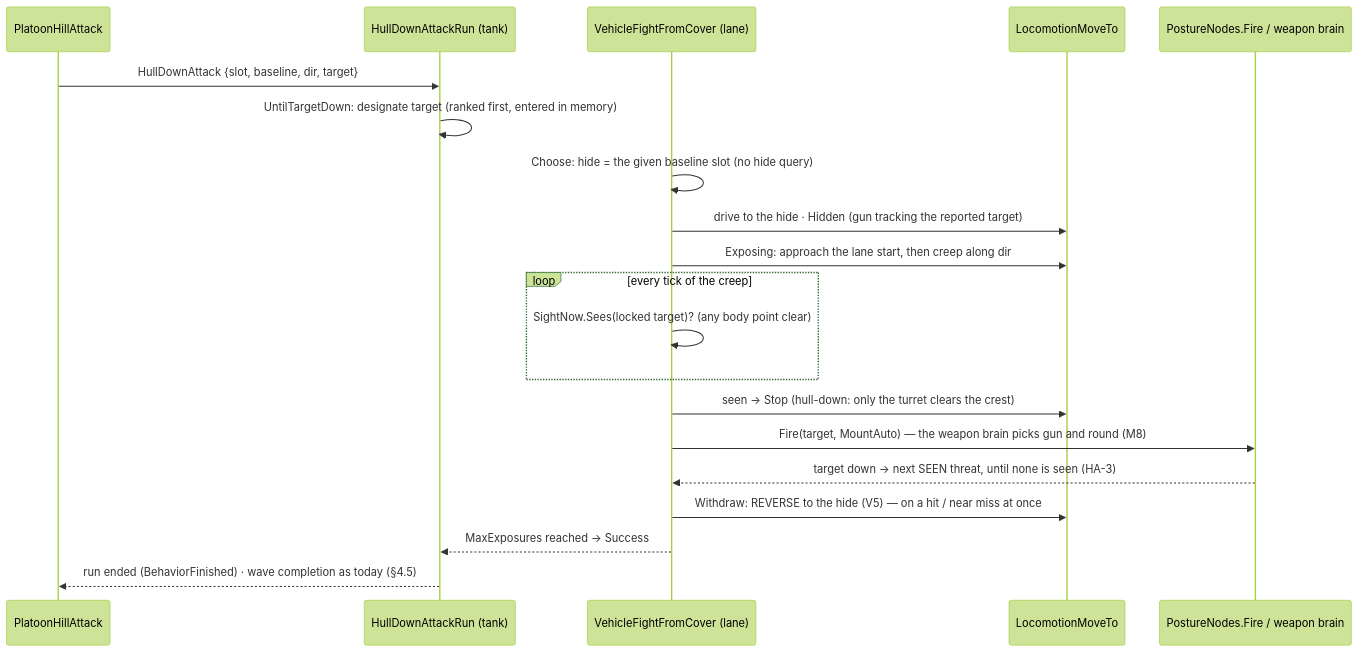
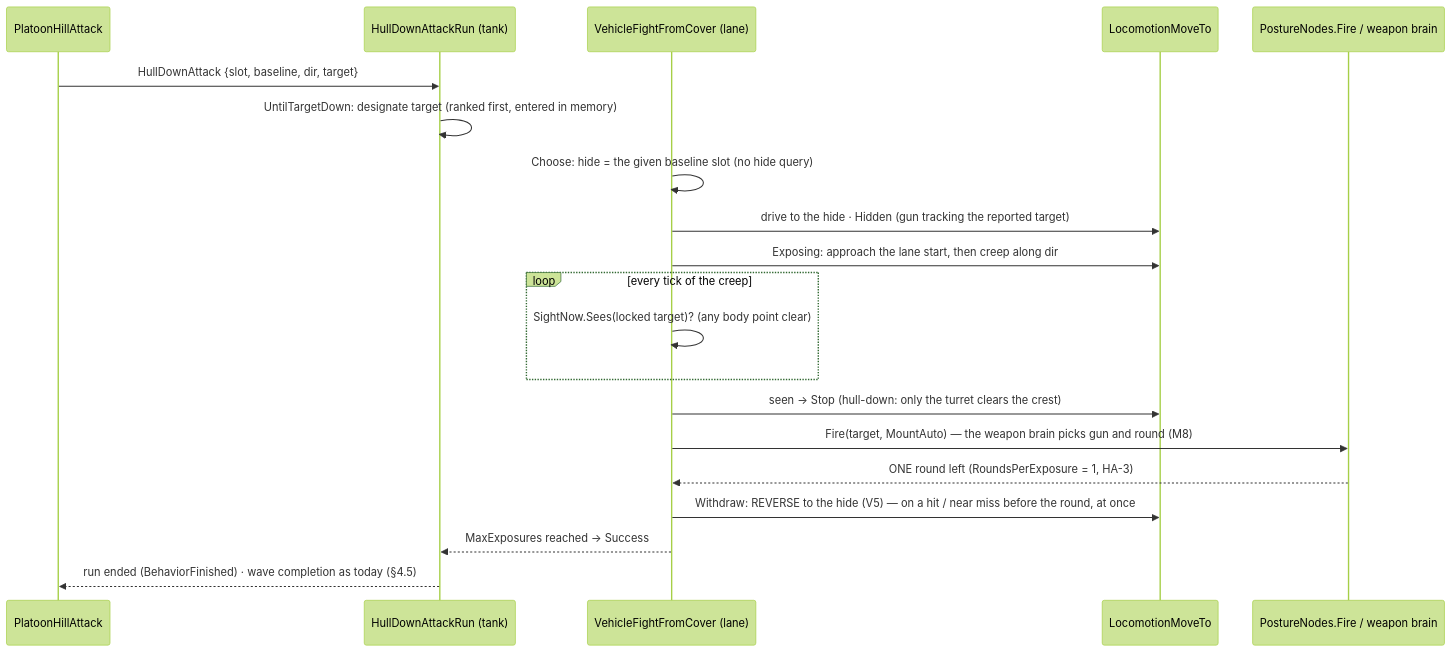
The second of 3 diagrams in docs/designs/hill-attack/DESIGN.md (pjanec/HROT), drawn with Mermaid (forest theme) before and after one commit. The commit also changed other lines of this file and 1 other file, not shown here.

First line of the commit message:
CE-2230 HA-3 ruled by the user (R-2022): one round, then back into cover; pairs alternate until every target is dead

````diff
--- a/docs/designs/hill-attack/DESIGN.md
+++ b/docs/designs/hill-attack/DESIGN.md
@@ -96,22 +96,22 @@
 ```mermaid
 sequenceDiagram
   participant C as PlatoonHillAttack
   participant T as HullDownAttackRun (tank)
   participant N as VehicleFightFromCover (lane)
   participant L as LocomotionMoveTo
   participant F as PostureNodes.Fire / weapon brain
   C->>T: HullDownAttack {slot, baseline, dir, target}
   T->>T: UntilTargetDown: designate target (ranked first, entered in memory)
   N->>N: Choose: hide = the given baseline slot (no hide query)
   N->>L: drive to the hide · Hidden (gun tracking the reported target)
   N->>L: Exposing: approach the lane start, then creep along dir
   loop every tick of the creep
     N->>N: SightNow.Sees(locked target)? (any body point clear)
   end
   N->>L: seen → Stop (hull-down: only the turret clears the crest)
   N->>F: Fire(target, MountAuto) — the weapon brain picks gun and round (M8)
-  F-->>N: target down → next SEEN threat, until none is seen (HA-3)
-  N->>L: Withdraw: REVERSE to the hide (V5) — on a hit / near miss at once
+  F-->>N: ONE round left (RoundsPerExposure = 1, HA-3)
+  N->>L: Withdraw: REVERSE to the hide (V5) — on a hit / near miss before the round, at once
   N-->>T: MaxExposures reached → Success
   T-->>C: run ended (BehaviorFinished) · wave completion as today (§4.5)
 ```
````
